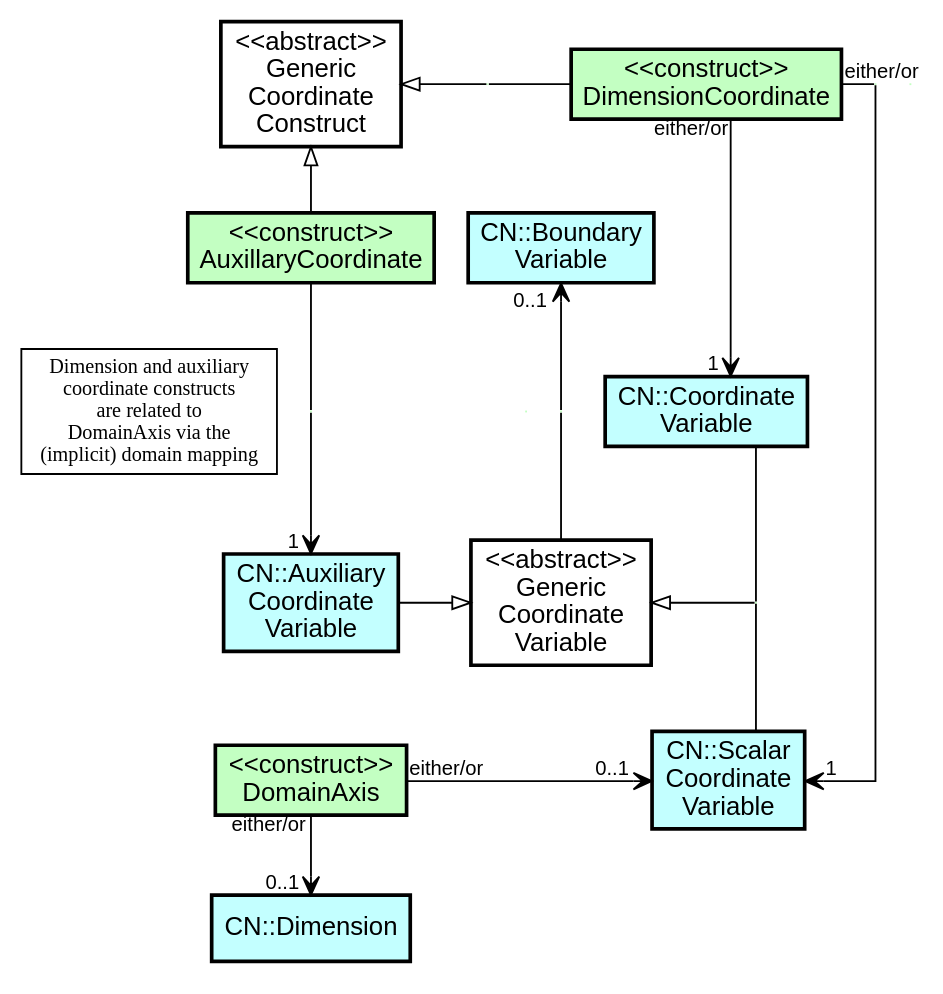
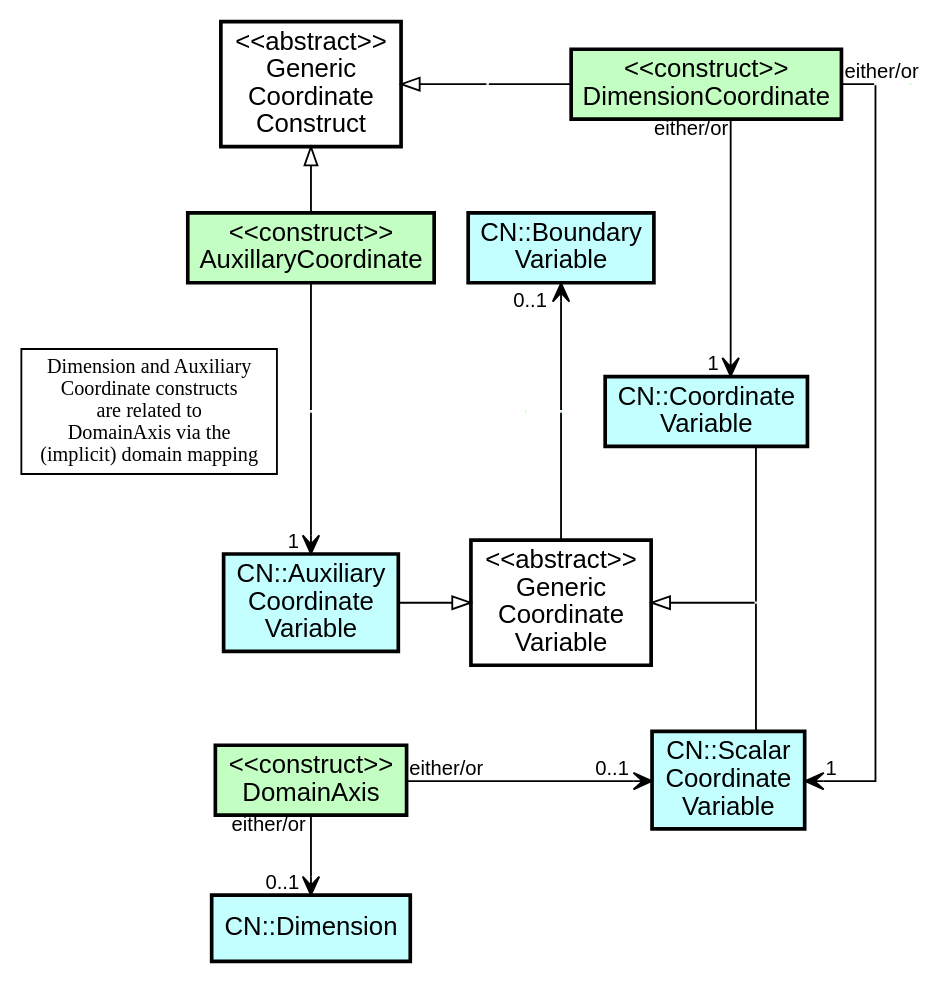
Before and after one commit to cf-convention/cf-conventions: the diagram in images/cfdm_coordinates.gv, drawn with Graphviz. The commit also changed 3 other files, not shown here.

Commit message:
figure notes

```diff
--- a/images/cfdm_coordinates.gv
+++ b/images/cfdm_coordinates.gv
@@ -1,144 +1,144 @@
 digraph {splines=ortho nodesep="+0.25"
 	
 node [
      style="filled,bold"
      shape=rectangle
      fillcolor="#C3FFC2"
      width=1.0
      height=0.5
      fontname="Arial"
      ]
 
 # --------------------------------------------------------------------
 # Notes
 # --------------------------------------------------------------------
 Note [
                style=filled
 	       fillcolor=white
-	       label="Dimension and auxiliary\ncoordinate constructs
+	       label="Dimension and Auxiliary\nCoordinate constructs
 are related to\nDomainAxis via the\n(implicit) domain mapping"
 	       fontsize="11.0"
 	       fontname="Arial italic"
 	       ]
 
 # --------------------------------------------------------------------
 # CF-netCDF variables
 # --------------------------------------------------------------------
 BoundaryVariable [
 	       fillcolor="#C3FFFF"
 	       label="CN::Boundary\nVariable"
 	       ]
 CoordinateVariable [
 	     fillcolor="#C3FFFF"
 	     label="CN::Coordinate\nVariable"
 	     ]
 
 AuxiliaryCoordinateVariable [
 	     fillcolor="#C3FFFF"
 	     label="CN::Auxiliary\nCoordinate\nVariable"
 	     ]
 
 ScalarCoordinateVariable [
 	     fillcolor="#C3FFFF"
 	     label="CN::Scalar\nCoordinate\nVariable"
 	     ]
 
 Dimension [
 	     fillcolor="#C3FFFF"
 	     label="CN::Dimension"
 	     ]
 
 GenericCoordinateVariable [
 		  label="<<abstract>>\nGeneric\nCoordinate\nVariable"
 		  fillcolor=white
 		  ]
 
 # --------------------------------------------------------------------
 # CF data model constructs
 # --------------------------------------------------------------------
 GenericCoordinateConstruct [
 		  label="<<abstract>>\nGeneric\nCoordinate\nConstruct"
 		  fillcolor=white
 		  ]
 DomainAxis [
 	   label="<<construct>>\nDomainAxis"
 	   ]
 AuxiliaryCoordinate [
 		    label="<<construct>>\nAuxillaryCoordinate"
 		    ]
 DimensionCoordinate [
 		    label="<<construct>>\nDimensionCoordinate"
 		    ]
 
 # --------------------------------------------------------------------
 # Invisible nodes used to aid in layout
 # --------------------------------------------------------------------
 node [
      width=0
      height=0
      size=fixed
      shape=none
      label=""
      ]
 route1
 route2
 route3
 route4
 route5
 route6
 
 edge [arrowtail=none
       arrowhead=vee
       dir=both
       arrowsize=1.0
       fontname="Arial"
       labelfontsize=11.0
       ]
 
 GenericCoordinateConstruct -> route1 [arrowtail=empty arrowhead=none]
 route1 -> DimensionCoordinate [arrowhead=none]
 GenericCoordinateConstruct -> AuxiliaryCoordinate [arrowtail=empty
 			                           arrowhead=none
 					 	   weight=100]
 AuxiliaryCoordinate -> route2 [arrowhead=none weight=100]
 route2 -> AuxiliaryCoordinateVariable [weight=100 headlabel="1  "]
 DimensionCoordinate -> CoordinateVariable [weight=100 
                                            taillabel="either/or "
 					   headlabel="1  "
 					   ]
 
 AuxiliaryCoordinateVariable -> GenericCoordinateVariable [arrowtail=none
 			                                  arrowhead=empty]
 BoundaryVariable -> route3 [arrowtail=vee arrowhead=none weight=100
 		            taillabel="0..1        " labeldistance=1.1]
 route3 -> GenericCoordinateVariable [arrowhead=none weight=100]
 
 {rank=same; GenericCoordinateConstruct, route1, DimensionCoordinate, route6}
 {rank=same; AuxiliaryCoordinate, BoundaryVariable}
 {rank=same; AuxiliaryCoordinateVariable, GenericCoordinateVariable, route4}
 {rank=same; Note, route2, route3, CoordinateVariable}
 {rank=same; DomainAxis, ScalarCoordinateVariable}	    
 
 GenericCoordinateVariable -> route4 [arrowtail=empty arrowhead=none]
 route4 -> CoordinateVariable  [arrowhead=none weight=100]
 route4 -> ScalarCoordinateVariable [arrowhead=none weight=100]
 
 DomainAxis -> Dimension [weight=100
 	      		 taillabel=" either/or "
  			 headlabel="0..1  "]
 DomainAxis -> ScalarCoordinateVariable [taillabel=" either/or"
 					headlabel="0..1    "]
 
 DimensionCoordinate -> route6 [arrowhead=none taillabel=" either/or"]
 route6 -> ScalarCoordinateVariable [headlabel="    1"]
 
 # --------------------------------------------------------------------
 # Invisible edges used to aid in layout
 # --------------------------------------------------------------------
 route3 -> CoordinateVariable [style=invis]
 ScalarCoordinateVariable -> CoordinateVariable [style=invis weight=100]
 AuxiliaryCoordinateVariable -> DomainAxis [style=invis weight=100]
 EitherOr -> GenericCoordinateVariable [style=invis]
 
 
 }
```
